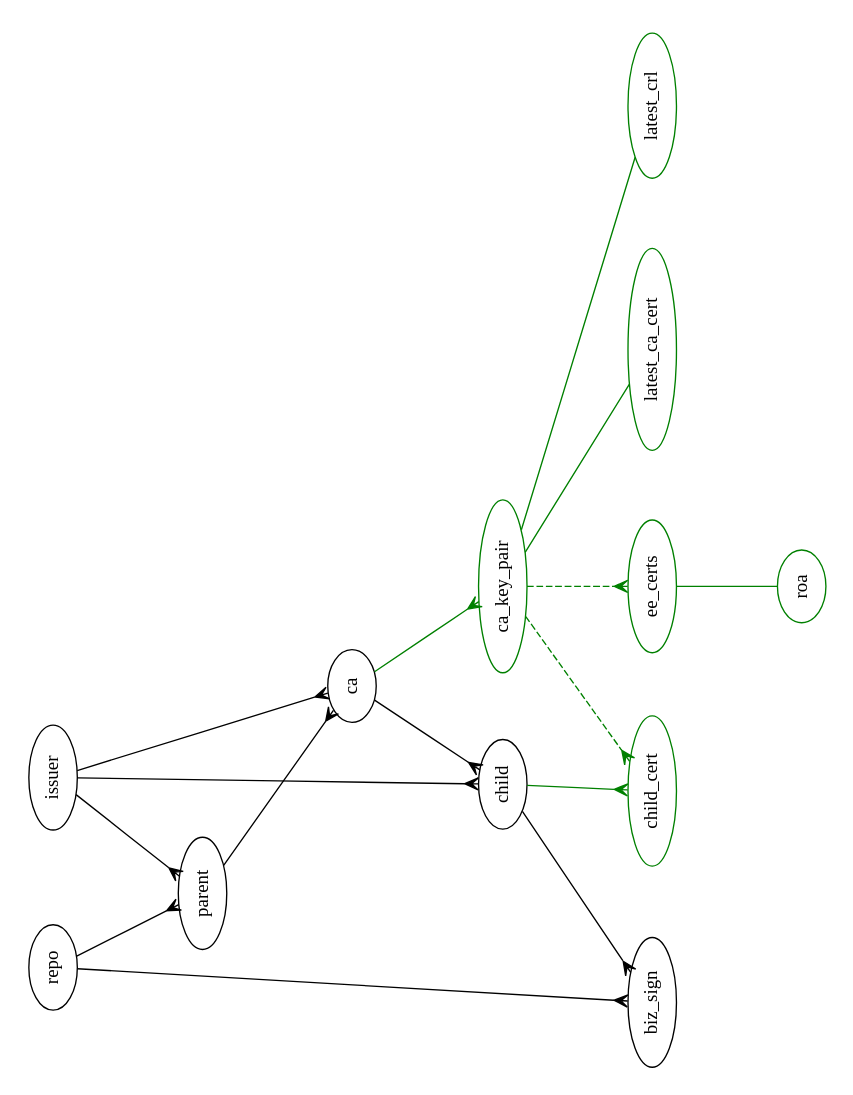
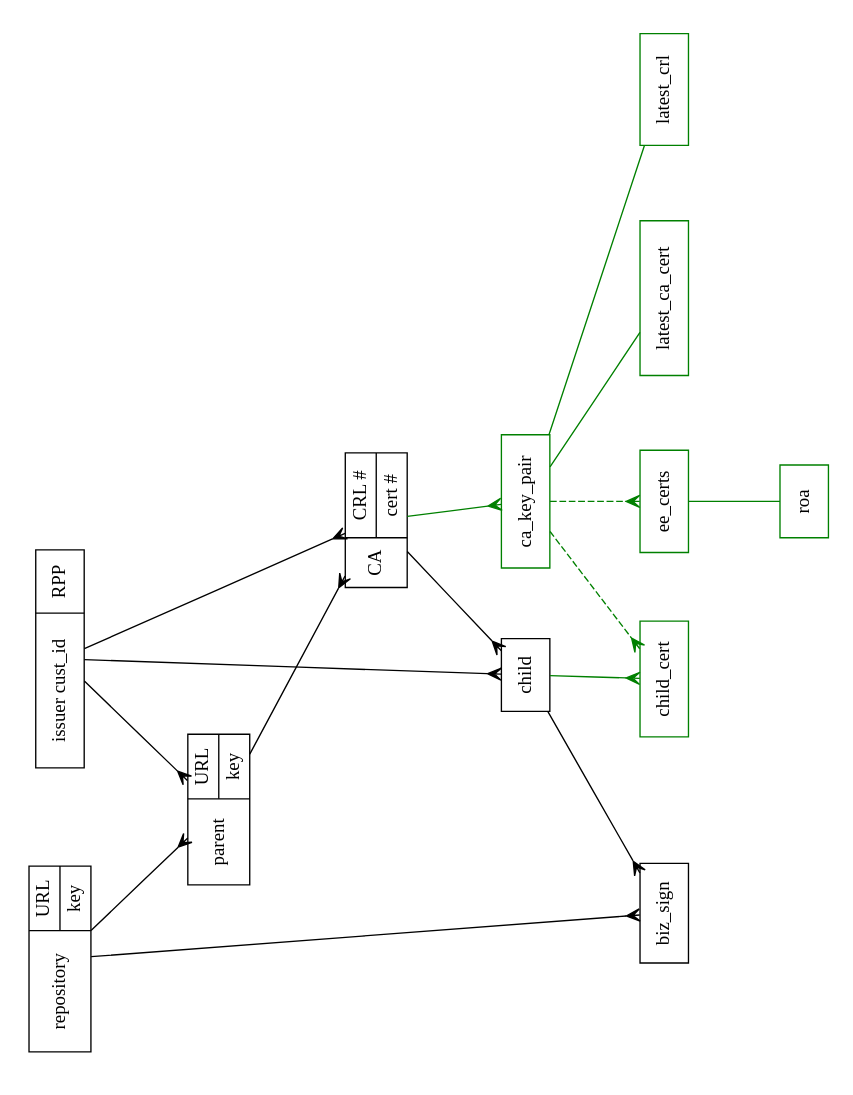
One commit to dragonresearch/rpki.net changed the diagram in docs/whiteboard-object-model.dot. Above: the diagram before and after it, drawn with Graphviz. The commit also changed 1 other file, not shown here.

Commit message:
Clean up whiteboard object model picture
svn path=/docs/whiteboard-object-model.dot; revision=546

```diff
--- a/docs/whiteboard-object-model.dot
+++ b/docs/whiteboard-object-model.dot
@@ -1,71 +1,66 @@
 // $Id$
 
 // This is an attempt to capture
 // http://subvert-rpki.hactrn.net/docs/prague-whiteboard-2007-03-22-23:15:01.jpg
 
 // {arrowhead,arrowtail} shapes to use for database object relationships:
 //   1-  none
 //   m-  crow
 
 digraph gsstsig_systems {
 	rotate=90;	size="11,8.5";	splines=true;	ratio=fill;
 
-	// Black denotes stuff visible in left-to-right protocol
-	node [ color=black ];
+	node [ shape=record ];
 
-	issuer;		// Red insert "RPP" (RPKI publication point?  Huh?)
-	parent;		// Red insert "URL" and an icon that I think means "key"
-	repo;		// Red insert "URL" and an icon that I think means "key"
-	ca;		// Red insert "CRL #", "cert #"
+	// Objects visible in left-to-right protocol
+	node	[ color=black ];
+	issuer	[ label="issuer cust_id|{RPP}" ];
+	parent	[ label="parent|{URL|key}" ];
+	repo	[ label="repository|{URL|key}" ];
+	ca	[ label="CA|{CRL #|cert #}" ];
 	child;
 	biz_sign;
 
-	// Green denotes stuff created on the fly by the RPKI engine
-	node [ color=green ];
-
-	child_cert;	// Red footnote "unique caid, cert serial" -- not part of picture?
+	// Objects created on the fly by the RPKI engine
+	node	[ color=green ];
+	child_cert;
 	ca_key_pair;
 	ee_certs;
 	roa;
 	latest_ca_cert;
 	latest_crl;
 
-	// One->many mappings
+	// One-many mappings
 	edge [ color=black, arrowtail=none, arrowhead=crow ];
-
 	child -> biz_sign;
 	issuer -> ca;
 	issuer -> child;
 	issuer -> parent;
 	parent -> ca;
 	repo -> biz_sign;
 	repo -> parent;
 
-	// Many->many mappings
+	// Many-many mappings
 	edge [ color=black, arrowtail=crow, arrowhead=crow ];
-
 	ca -> child;
 
-	// One->many mappings
+	// One-many mappings
 	edge [ color=green, arrowtail=none, arrowhead=crow ];
-
 	ca -> ca_key_pair;
 	child -> child_cert;
 
-	// One->one mappings
+	// One-one mappings
 	edge [ color=green, arrowtail=none, arrowhead=none ];
-
 	ca_key_pair -> latest_ca_cert;
 	ca_key_pair -> latest_crl;
 	ee_certs -> roa;
 
-	// One->many mappings that have something weird about them
+	// Weird one-many
 	edge [ color=green, arrowtail=none, arrowhead=crow, style=dashed ];
-
 	ca_key_pair -> child_cert;
 	ca_key_pair -> ee_certs;
 }
 
 // Local Variables:
 // compile-command: "neato -Tps2 whiteboard-object-model.dot | ps2pdf - whiteboard-object-model.pdf"
 // End:
```
